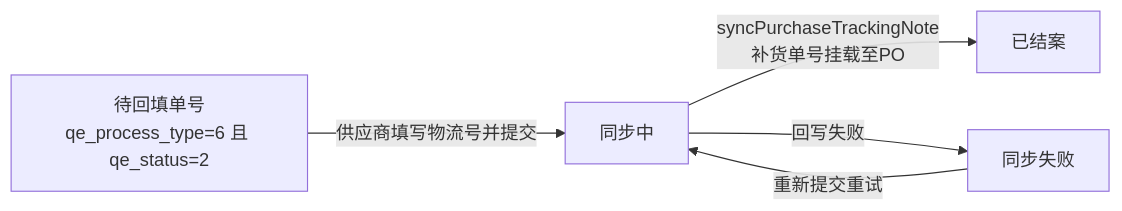
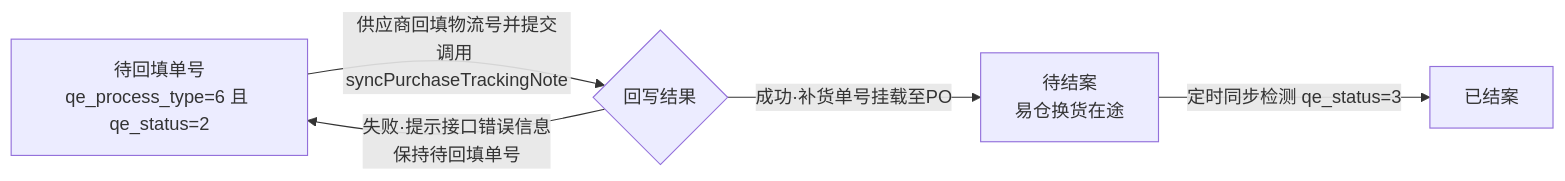
The fifth of 6 diagrams in PRD文档/采购异常协作迭代PRD.md (1xiexietao/ClaudeCode), drawn with Mermaid before and after one commit. The commit also changed other lines of this file and 1 other file, not shown here.

````diff
--- a/PRD文档/采购异常协作迭代PRD.md
+++ b/PRD文档/采购异常协作迭代PRD.md
@@ -113,7 +114,7 @@
 ```mermaid
 flowchart LR
-    A["待回填单号<br/>qe_process_type=6 且 qe_status=2"] -->|"供应商填写物流号并提交"| B["同步中"]
-    B -->|"syncPurchaseTrackingNote<br/>补货单号挂载至PO"| C["已结案"]
-    B -->|"回写失败"| D["同步失败"]
-    D -->|"重新提交重试"| B
+    A["待回填单号<br/>qe_process_type=6 且 qe_status=2"] -->|"供应商回填物流号并提交<br/>调用 syncPurchaseTrackingNote"| B{"回写结果"}
+    B -->|"成功·补货单号挂载至PO"| C["待结案<br/>易仓换货在途"]
+    C -->|"定时同步检测 qe_status=3"| D["已结案"]
+    B -->|"失败·提示接口错误信息<br/>保持待回填单号"| A
 ```
````
